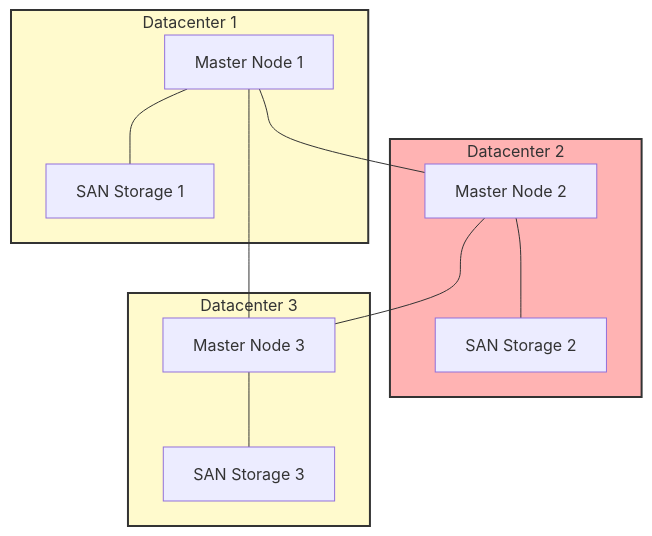
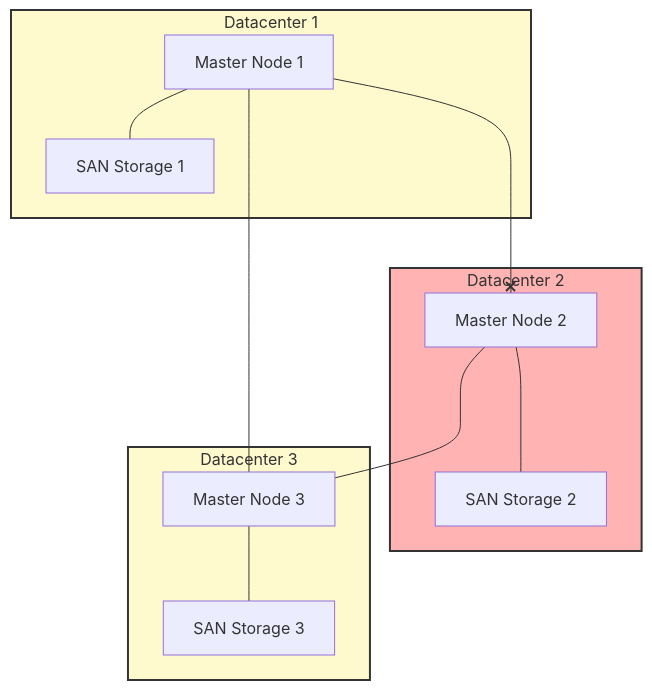
The third of 5 diagrams in README.md (zokahn/stretchy), drawn with Mermaid before and after one commit.

````diff
--- a/README.md
+++ b/README.md
@@ -111,29 +111,29 @@
 ```mermaid
 graph TD
     subgraph DC1["Datacenter 1"]
         A[Master Node 1]
         SAN1[SAN Storage 1]
     end
 
     subgraph DC2["Datacenter 2"]
         B[Master Node 2]
         SAN2[SAN Storage 2]
     end
 
     subgraph DC3["Datacenter 3"]
         C[Master Node 3]
         SAN3[SAN Storage 3]
     end
 
-    A --- B
-    B --- C
+    A ---x B
+    B x--- C
     C --- A
     A --- SAN1
-    B --- SAN2
+    B x--- SAN2
     C --- SAN3
 
     %% Styling subgraphs by ID
     style DC1 fill:#FFFACD,stroke:#333,stroke-width:2px
     style DC2 fill:#FFB3B3,stroke:#333,stroke-width:2px
     style DC3 fill:#FFFACD,stroke:#333,stroke-width:2px
 ```
````
